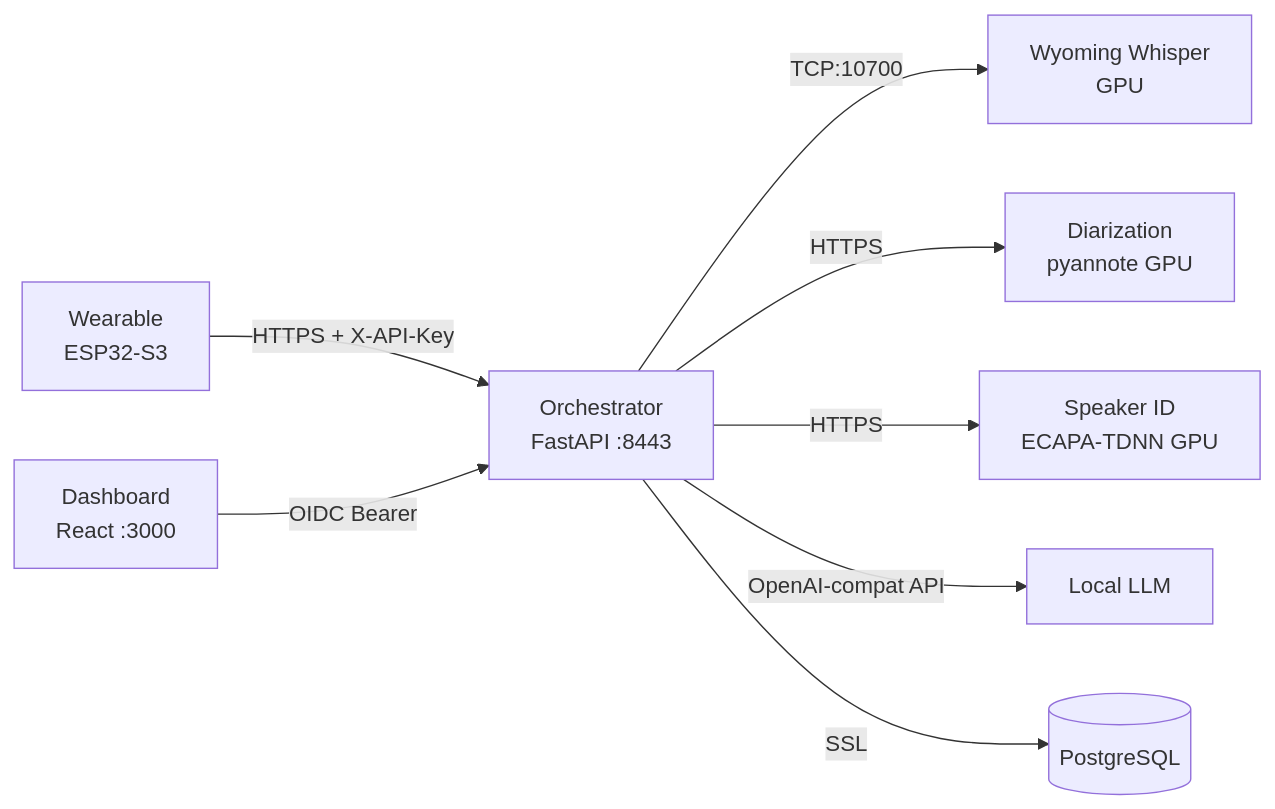
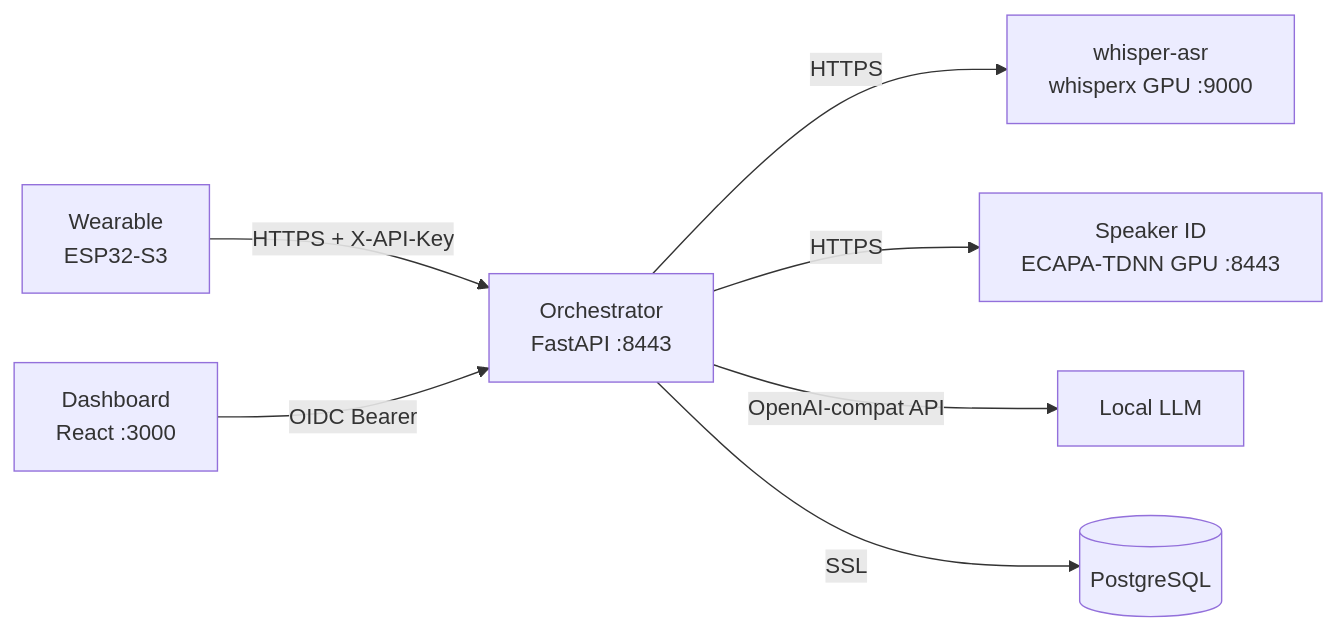
The diagram in AGENTS.md (dlgreenwald/lifelog), drawn with Mermaid before and after one commit. The commit also changed other lines of this file, not shown here.

First line of the commit message:
AGENTS.md: full rewrite — correct architecture, paths, and test counts

````diff
--- a/AGENTS.md
+++ b/AGENTS.md
@@ -9,10 +9,9 @@
 ```mermaid
 graph LR
     ESP32[Wearable<br/>ESP32-S3] -->|HTTPS + X-API-Key| ORCH[Orchestrator<br/>FastAPI :8443]
-    ORCH -->|TCP:10700| WHISPER[Wyoming Whisper<br/>GPU]
-    ORCH -->|HTTPS| DIAR[Diarization<br/>pyannote GPU]
-    ORCH -->|HTTPS| SPK[Speaker ID<br/>ECAPA-TDNN GPU]
+    ORCH -->|HTTPS| WHISPER[whisper-asr<br/>whisperx GPU :9000]
+    ORCH -->|HTTPS| SPK[Speaker ID<br/>ECAPA-TDNN GPU :8443]
     ORCH -->|OpenAI-compat API| LLM[Local LLM]
     ORCH -->|SSL| PG[(PostgreSQL)]
     DASH[Dashboard<br/>React :3000] -->|OIDC Bearer| ORCH
 ```
````
